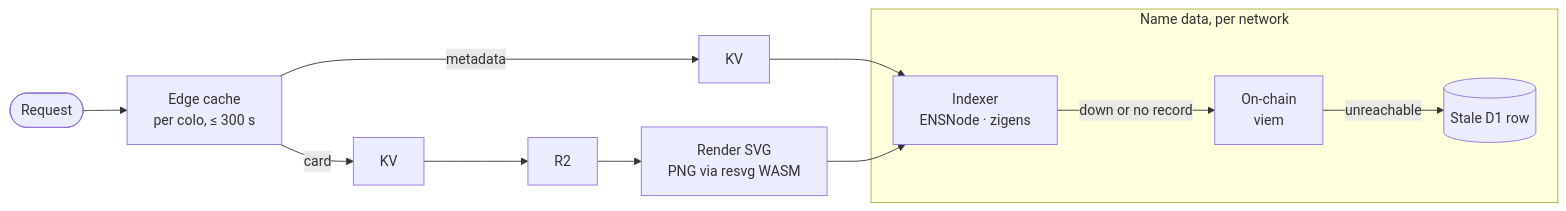
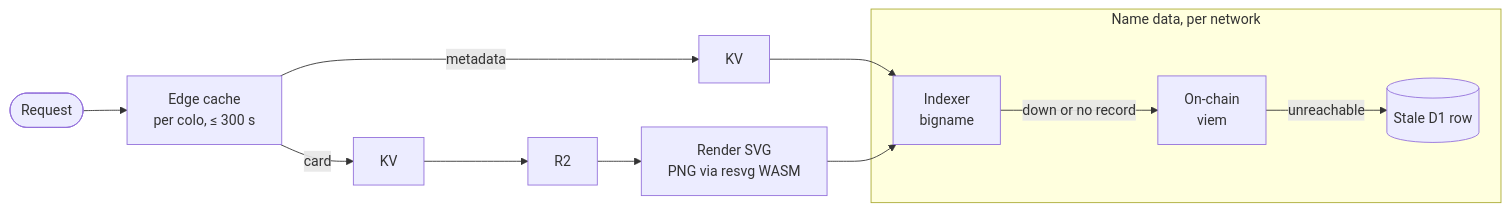
Before and after one commit to ensdomains/metadata-service-v2: the diagram in README.md, drawn with Mermaid. The commit also changed other lines of this file and 36 other files, not shown here.

Commit message:
feat: read names from bigname instead of zigens and the ENSv1 subgraph

````diff
--- a/README.md
+++ b/README.md
@@ -115,12 +115,12 @@
 ```mermaid
 flowchart LR
   req([Request]) --> edge[Edge cache<br/>per colo, ≤ 300 s]
   edge -- metadata --> kvm[KV]
   edge -- card --> kvc[KV] --> r2[R2] --> render[Render SVG<br/>PNG via resvg WASM]
   kvm --> idx
   render --> idx
   subgraph sources [Name data, per network]
-    idx[Indexer<br/>ENSNode · zigens] -- down or no record --> chain[On-chain<br/>viem]
+    idx[Indexer<br/>bigname] -- down or no record --> chain[On-chain<br/>viem]
     chain -- unreachable --> d1[(Stale D1 row)]
   end
 ```
````
